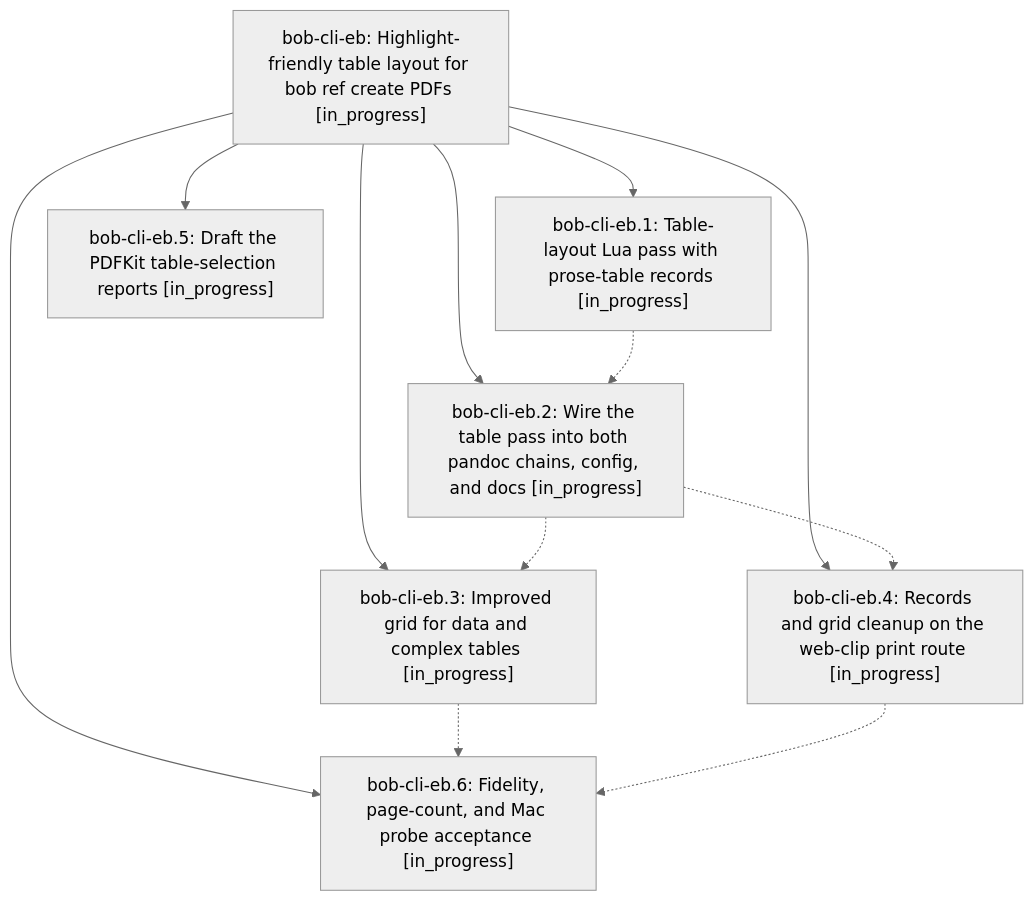
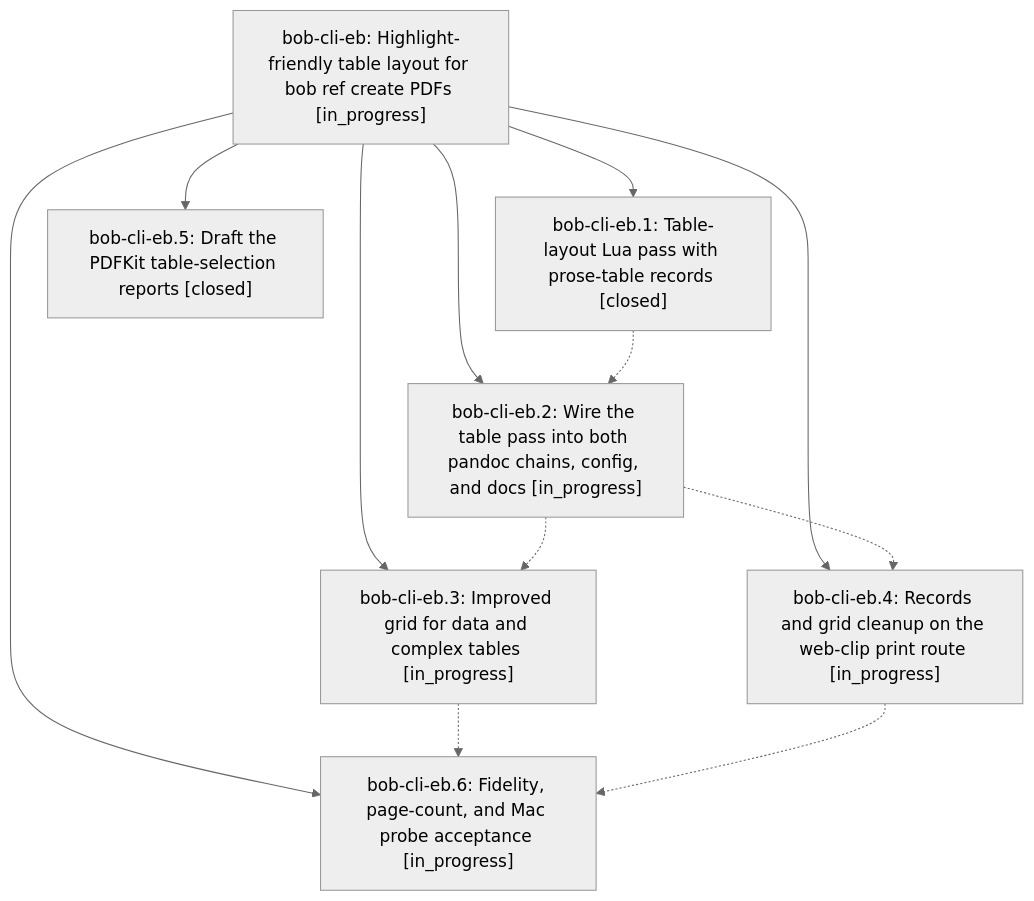
Before and after one commit to bobs-org/bob-cli--beads: the diagram in pages/bob-cli-eb/README.md, drawn with Mermaid (neutral theme). The commit also changed other lines of this file and 3 other files, not shown here.

First line of the commit message:
chore(beads): sync bead state and pages for bob-cli-eb

````diff
--- a/pages/bob-cli-eb/README.md
+++ b/pages/bob-cli-eb/README.md
@@ -27,21 +39,21 @@
 ```mermaid
 flowchart TD
     n0["bob-cli-eb: Highlight-friendly table layout for bob ref create PDFs [in_progress]"]
-    n1["bob-cli-eb.1: Table-layout Lua pass with prose-table records [in_progress]"]
+    n1["bob-cli-eb.1: Table-layout Lua pass with prose-table records [closed]"]
     n2["bob-cli-eb.2: Wire the table pass into both pandoc chains, config, and docs [in_progress]"]
     n3["bob-cli-eb.3: Improved grid for data and complex tables [in_progress]"]
     n4["bob-cli-eb.4: Records and grid cleanup on the web-clip print route [in_progress]"]
-    n5["bob-cli-eb.5: Draft the PDFKit table-selection reports [in_progress]"]
+    n5["bob-cli-eb.5: Draft the PDFKit table-selection reports [closed]"]
     n6["bob-cli-eb.6: Fidelity, page-count, and Mac probe acceptance [in_progress]"]
     n0 --> n1
     n0 --> n2
     n0 --> n3
     n0 --> n4
     n0 --> n5
     n0 --> n6
     n1 -.-> n2
     n2 -.-> n3
     n2 -.-> n4
     n3 -.-> n6
     n4 -.-> n6
 ```
````
